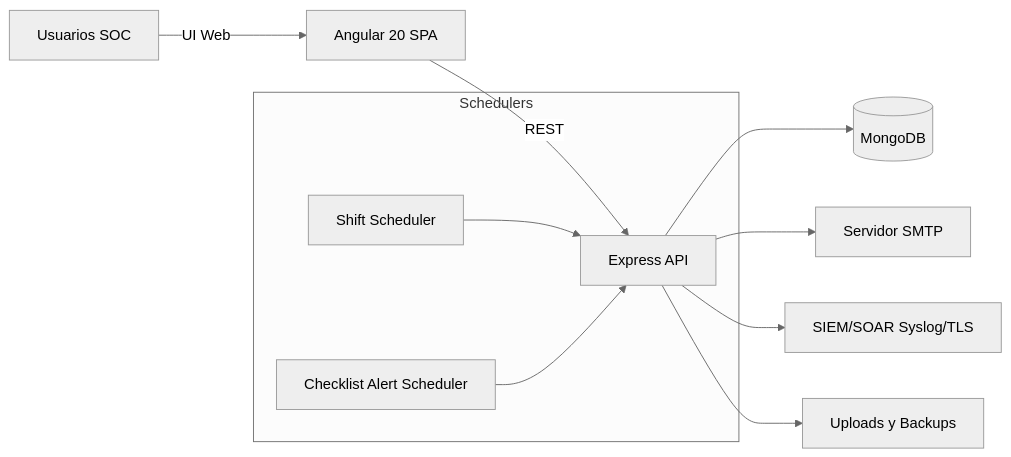
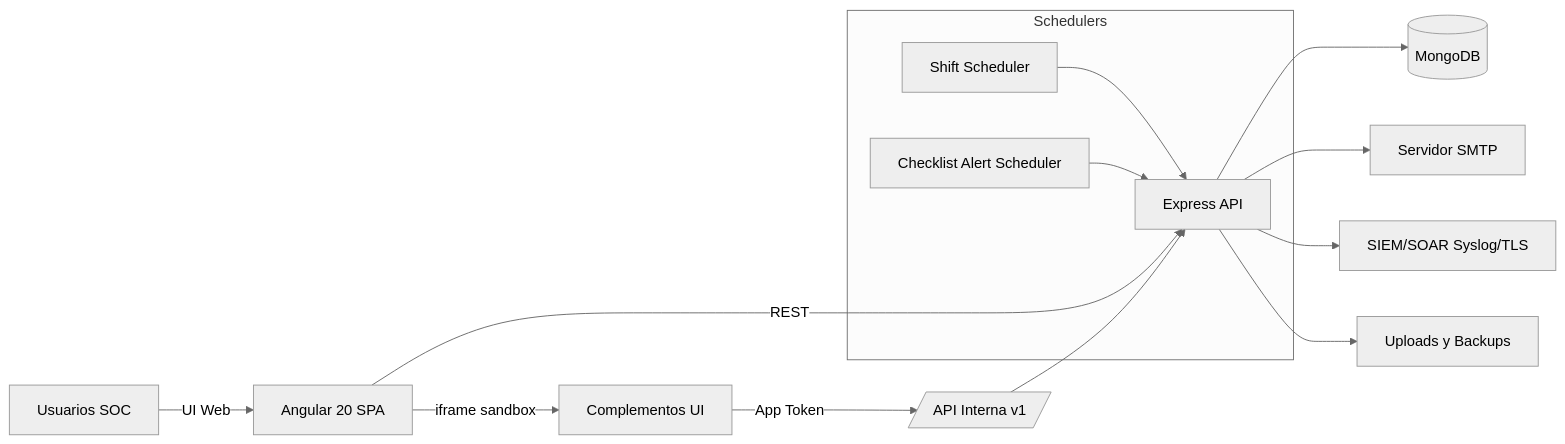
One commit to athomo001/BitacoraSOC changed the first of 8 diagrams in docs/ARCHITECTURE.md. Above: the diagram before and after it, drawn with Mermaid (neutral theme). The commit also changed other lines of this file and 80 other files, not shown here.

````diff
--- a/docs/ARCHITECTURE.md
+++ b/docs/ARCHITECTURE.md
@@ -11,14 +11,17 @@
 ```mermaid
 flowchart LR
   U[Usuarios SOC] -->|UI Web| FE[Angular 20 SPA]
   FE -->|REST| BE[Express API]
   BE --> DB[(MongoDB)]
   BE --> SMTP[Servidor SMTP]
   BE --> SIEM[SIEM/SOAR Syslog/TLS]
   BE --> FS[Uploads y Backups]
+  FE -->|iframe sandbox| CUI[Complementos UI]
+  CUI -->|App Token| INT[/API Interna v1/]
+  INT --> BE
 
   subgraph Schedulers
     CRON[Shift Scheduler] --> BE
     ALERT[Checklist Alert Scheduler] --> BE
   end
 ```
````
